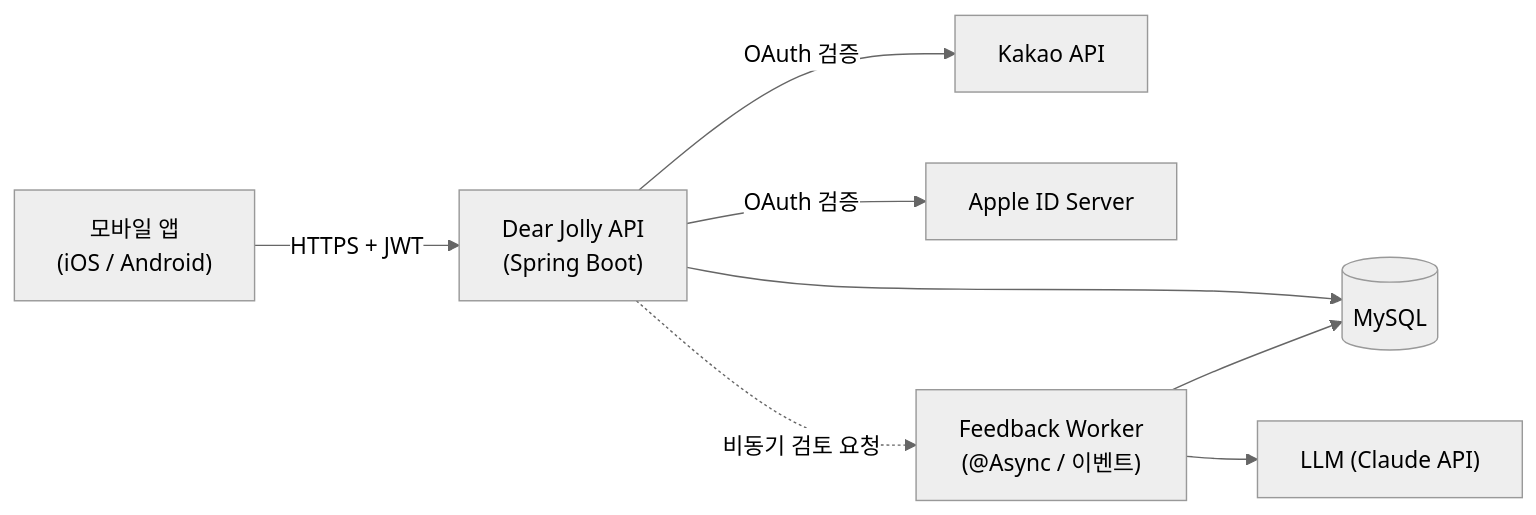
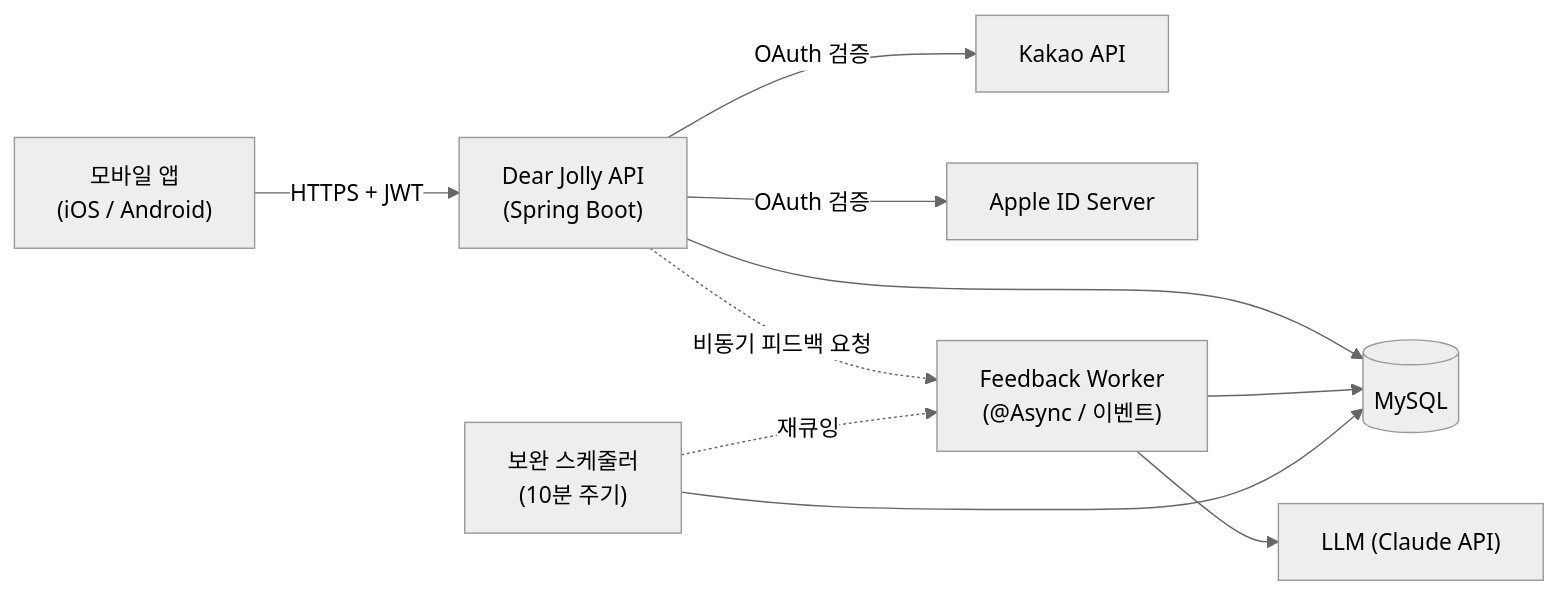
One commit to Dear-Jolly/Jolly_Server changed the first of 3 diagrams in docs/기능명세.md. Above: the diagram before and after it, drawn with Mermaid (neutral theme). The commit also changed other lines of this file and 2 other files, not shown here.

````diff
--- a/docs/기능명세.md
+++ b/docs/기능명세.md
@@ -73,10 +81,12 @@
 ```mermaid
 flowchart LR
     App["모바일 앱<br/>(iOS / Android)"] -->|HTTPS + JWT| API["Dear Jolly API<br/>(Spring Boot)"]
     API --> DB[(MySQL)]
     API -->|OAuth 검증| KAKAO["Kakao API"]
     API -->|OAuth 검증| APPLE["Apple ID Server"]
-    API -.->|비동기 검토 요청| WORKER["Feedback Worker<br/>(@Async / 이벤트)"]
+    API -.->|비동기 피드백 요청| WORKER["Feedback Worker<br/>(@Async / 이벤트)"]
     WORKER --> LLM["LLM (Claude API)"]
     WORKER --> DB
+    SCHED["보완 스케줄러<br/>(10분 주기)"] --> DB
+    SCHED -.->|재큐잉| WORKER
 ```
````
